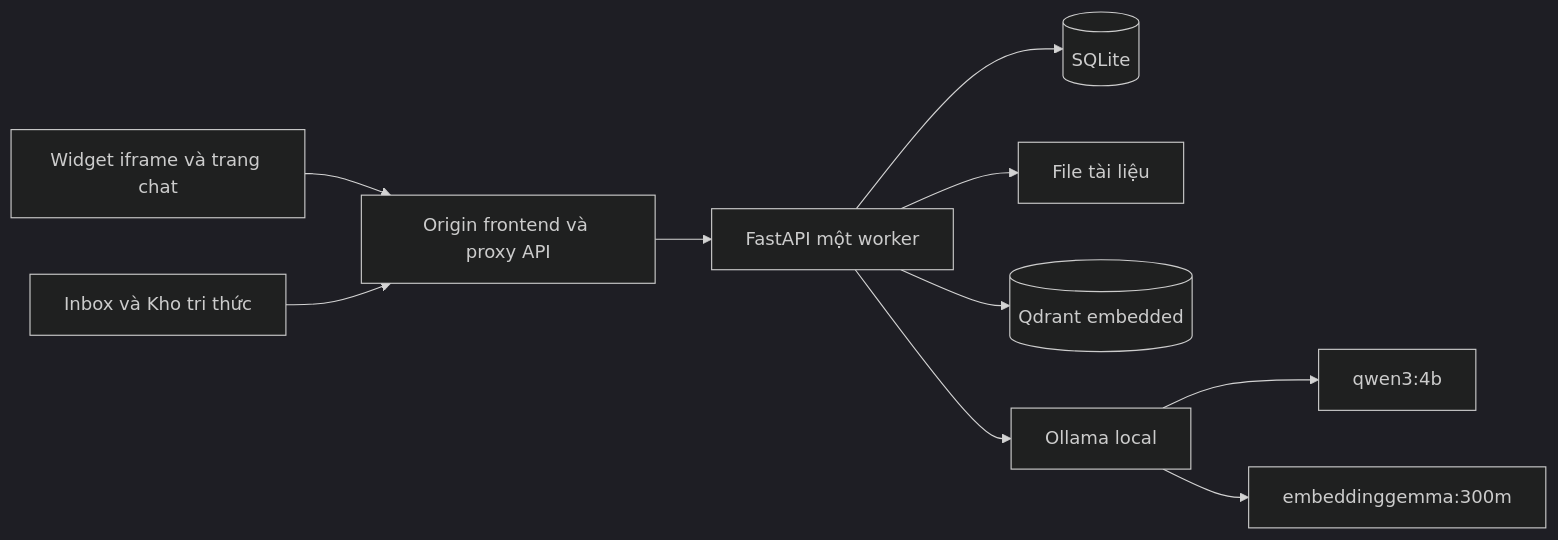
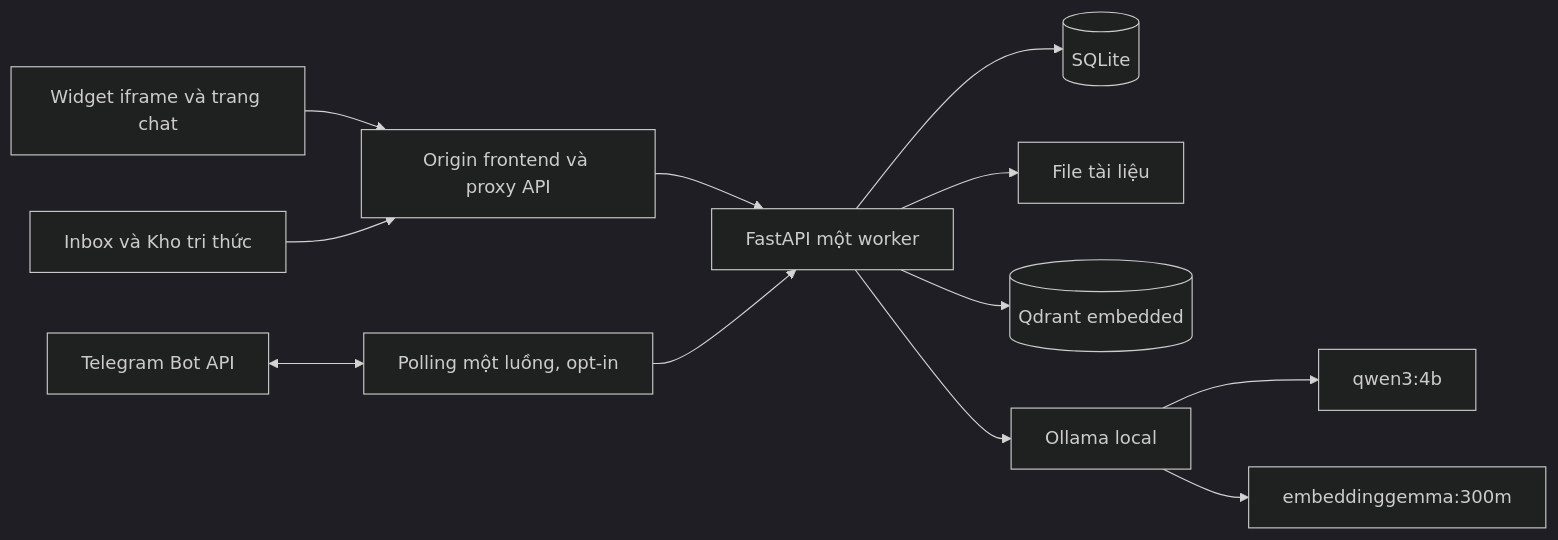
One commit to nvkdzvcl/DACN_RAG changed the third of 7 diagrams in docs/DESIGN.md. Above: the diagram before and after it, drawn with Mermaid (dark theme). The commit also changed other lines of this file and 17 other files, not shown here.

````diff
--- a/docs/DESIGN.md
+++ b/docs/DESIGN.md
@@ -107,12 +107,14 @@
 ```mermaid
 flowchart LR
     W[Widget iframe và trang chat] --> F[Origin frontend và proxy API]
     I[Inbox và Kho tri thức] --> F
     F --> A[FastAPI một worker]
+    TG[Telegram Bot API] <--> P[Polling một luồng, opt-in]
+    P --> A
     A --> S[(SQLite)]
     A --> D[File tài liệu]
     A --> Q[(Qdrant embedded)]
     A --> O[Ollama local]
     O --> L[qwen3:4b]
     O --> E[embeddinggemma:300m]
 ```
````
